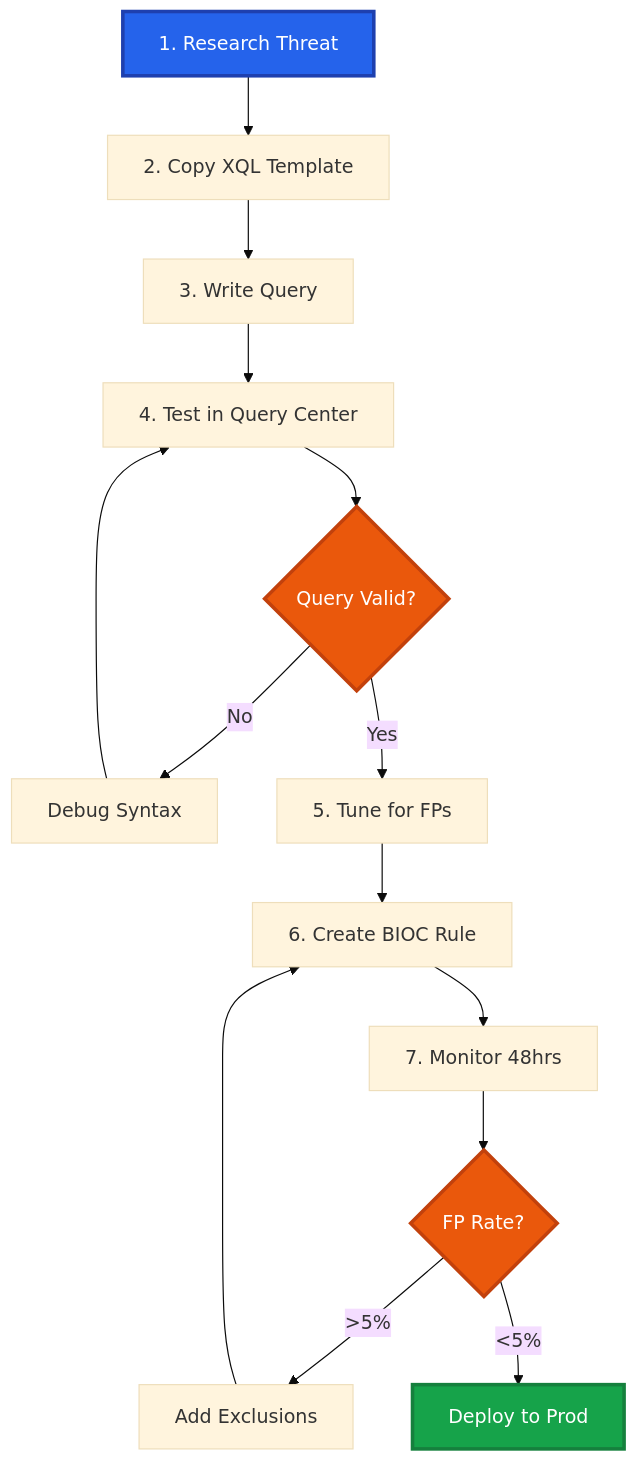
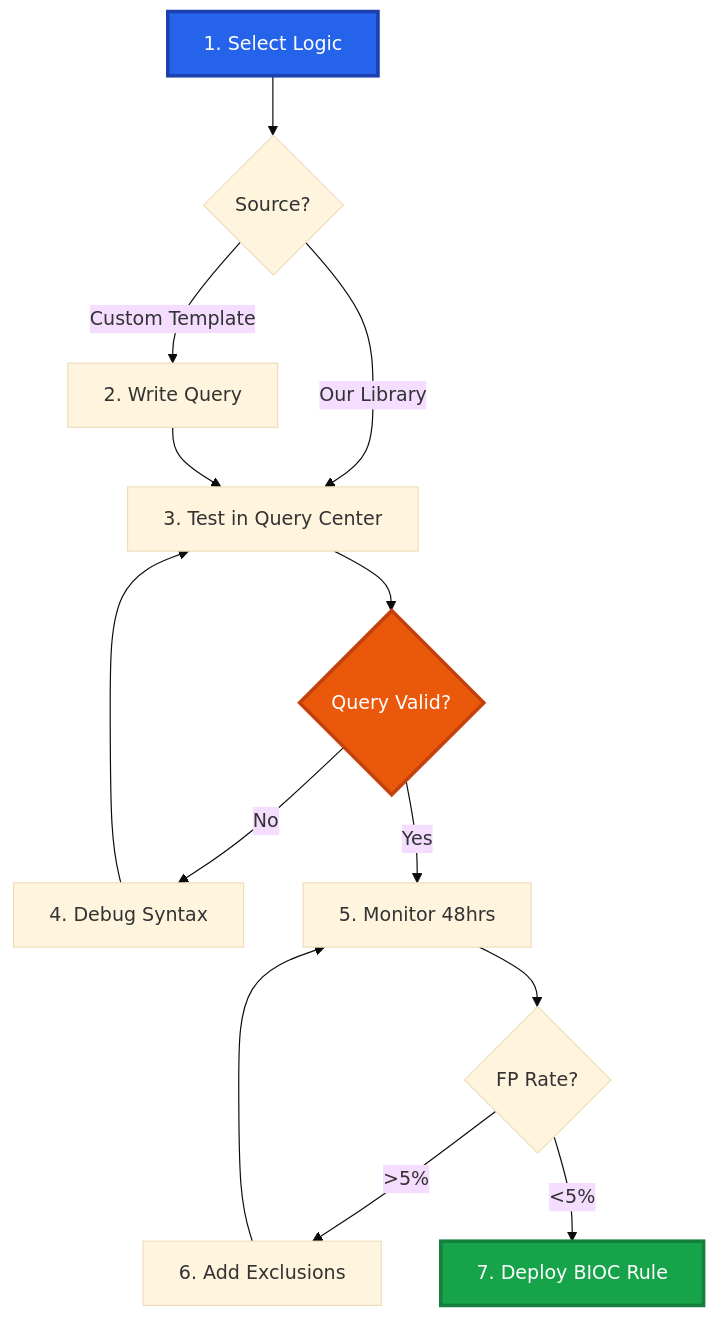
The diagram in README.md (PrototypePrime/Cortex_XDR_XQL_Detection), drawn with Mermaid (base theme) before and after one commit. The commit also changed other lines of this file and 2 other files, not shown here.

Commit message:
Old Template remove

````diff
--- a/README.md
+++ b/README.md
@@ -134,21 +125,19 @@
 ```mermaid
 graph TD
-    A[1. Research Threat] --> B[2. Copy XQL Template]
-    B --> C[3. Write Query]
-    C --> D[4. Test in Query Center]
-    D --> E{Query Valid?}
-    E -->|No| F[Debug Syntax]
-    F --> D
-    E -->|Yes| G[5. Tune for FPs]
-    G --> H[6. Create BIOC Rule]
-    H --> I[7. Monitor 48hrs]
-    I --> J{FP Rate?}
-    J -->|>5%| K[Add Exclusions]
-    K --> H
-    J -->|<5%| L[Deploy to Prod]
+    A[1. Select Logic] --> B{Source?}
+    B -->|Our Library| C[3. Test in Query Center]
+    B -->|Custom Template| D[2. Write Query]
+    D --> C
+    C --> E{Query Valid?}
+    E -->|No| F[4. Debug Syntax]
+    F --> C
+    E -->|Yes| G[5. Monitor 48hrs]
+    G --> H{FP Rate?}
+    H -->|>5%| I[6. Add Exclusions]
+    I --> G
+    H -->|<5%| J[7. Deploy BIOC Rule]
     
     style A fill:#2563eb,color:#fff,stroke:#1e40af,stroke-width:3px
-    style L fill:#16a34a,color:#fff,stroke:#15803d,stroke-width:3px
+    style J fill:#16a34a,color:#fff,stroke:#15803d,stroke-width:3px
     style E fill:#ea580c,color:#fff,stroke:#c2410c,stroke-width:3px
-    style J fill:#ea580c,color:#fff,stroke:#c2410c,stroke-width:3px
 ```
````
